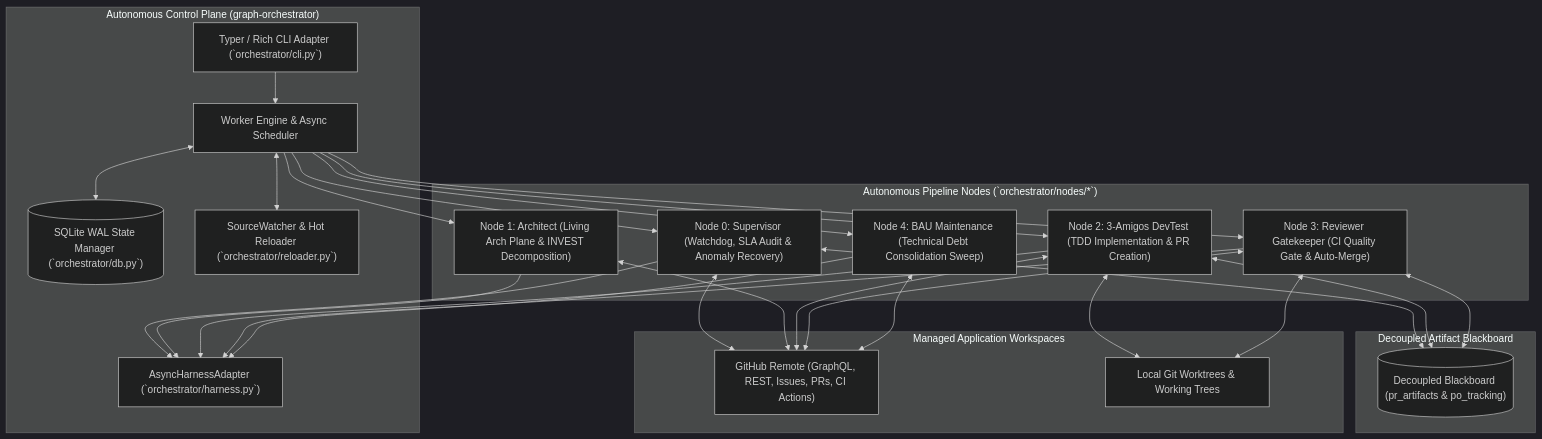
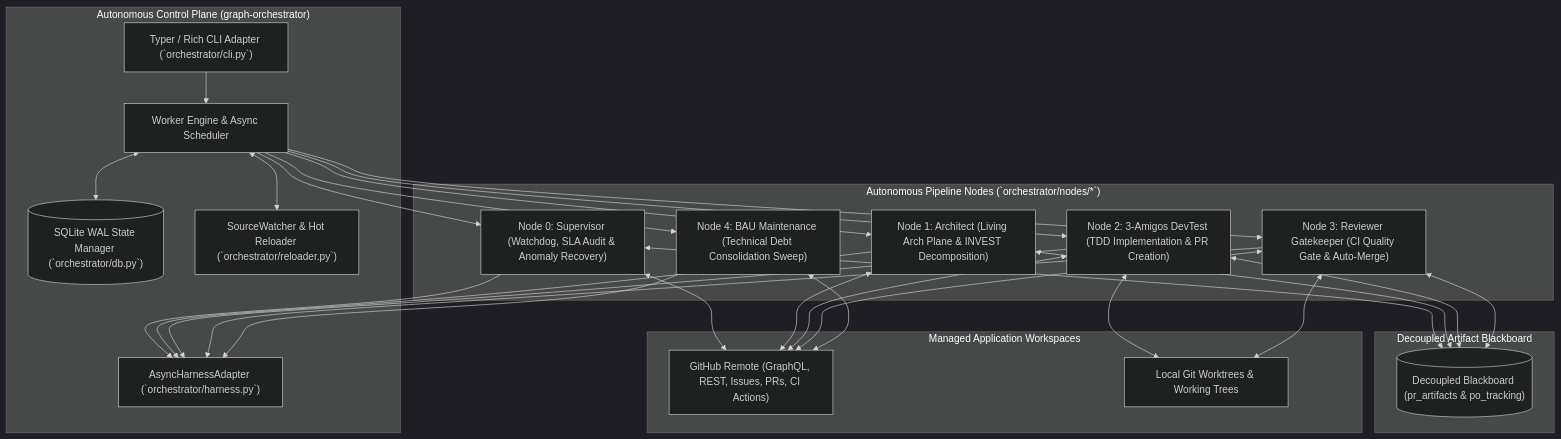
Before and after one commit to AntaresAndBharani/graph-engineering: the first of 5 diagrams in .graph/architecture.md, drawn with Mermaid (dark theme). The commit also changed other lines of this file and 4 other files, not shown here.

Commit message:
feat(architect): ingest pre-approved Gherkin AC from Blackboard into triage context (#17)

````diff
--- a/.graph/architecture.md
+++ b/.graph/architecture.md
@@ -17,37 +17,36 @@
 ```mermaid
 flowchart TD
     subgraph Control Plane ["Autonomous Control Plane (graph-orchestrator)"]
         CLI["Typer / Rich CLI Adapter (`orchestrator/cli.py`)"]
         Core["Worker Engine & Async Scheduler"]
         State[("SQLite WAL State Manager (`orchestrator/db.py`)")]
         Reloader["SourceWatcher & Hot Reloader (`orchestrator/reloader.py`)"]
         Adapter["AsyncHarnessAdapter (`orchestrator/harness.py`)"]
     end
 
     subgraph Governance & Pipeline Nodes ["Autonomous Pipeline Nodes (`orchestrator/nodes/*`)"]
         N0["Node 0: Supervisor (Watchdog, SLA Audit & Anomaly Recovery)"]
         N1["Node 1: Architect (Living Arch Plane & INVEST Decomposition)"]
         N2["Node 2: 3-Amigos DevTest (TDD Implementation & PR Creation)"]
         N3["Node 3: Reviewer Gatekeeper (CI Quality Gate & Auto-Merge)"]
         N4["Node 4: BAU Maintenance (Technical Debt Consolidation Sweep)"]
     end
 
     subgraph Blackboard Layer ["Decoupled Artifact Blackboard"]
         BB[("Decoupled Blackboard (pr_artifacts & po_tracking)")]
     end
 
     subgraph Managed Target Repositories ["Managed Application Workspaces"]
         GH["GitHub Remote (GraphQL, REST, Issues, PRs, CI Actions)"]
         LocalGit["Local Git Worktrees & Working Trees"]
     end
 
     CLI --> Core
     Core <--> State
     Core <--> Reloader
     Core --> N0 & N1 & N2 & N3 & N4
     N0 & N1 & N2 & N3 & N4 --> Adapter
     N0 & N1 & N2 & N3 & N4 <--> GH
-    N0 <--> BB
+    N0 & N1 & N2 & N3 <--> BB
     N2 & N3 <--> LocalGit
-    N2 & N3 <--> BB
 ```
````
